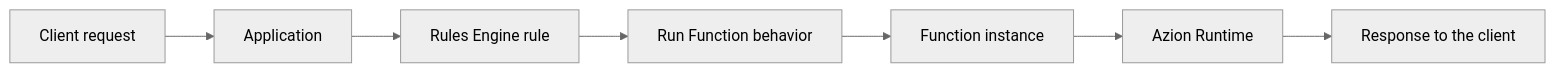
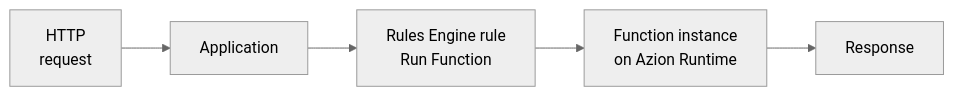
The diagram in src/content/docs/en/pages/main-menu/reference/build/edge-application/edge-functions.mdx (souzavinny/azion-docs), drawn with Mermaid (neutral theme) before and after one commit. The commit also changed other lines of this file and 4 other files, not shown here.

Commit message:
fix(functions): mermaid small adjustments

````diff
--- a/src/content/docs/en/pages/main-menu/reference/build/edge-application/edge-functions.mdx
+++ b/src/content/docs/en/pages/main-menu/reference/build/edge-application/edge-functions.mdx
@@ -56,9 +56,7 @@
 ```mermaid
 flowchart LR
-  Client[Client request] --> App[Application]
-  App --> Rule[Rules Engine rule]
-  Rule --> Behavior[Run Function behavior]
-  Behavior --> Instance[Function instance]
-  Instance --> Runtime[Azion Runtime]
-  Runtime --> Response[Response to the client]
+  Req["HTTP<br/>request"] --> App["Application"]
+  App --> Rule["Rules Engine rule<br/>Run Function"]
+  Rule --> Inst["Function instance<br/>on Azion Runtime"]
+  Inst --> Res["Response"]
 ```
````
